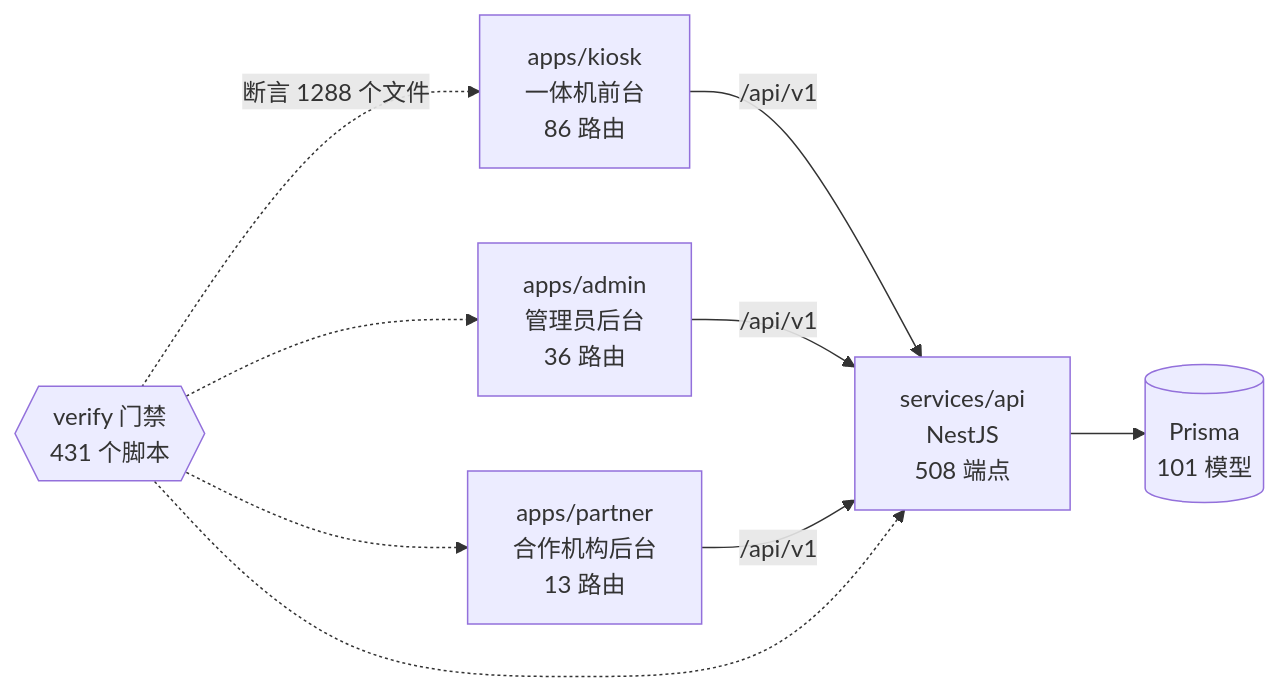
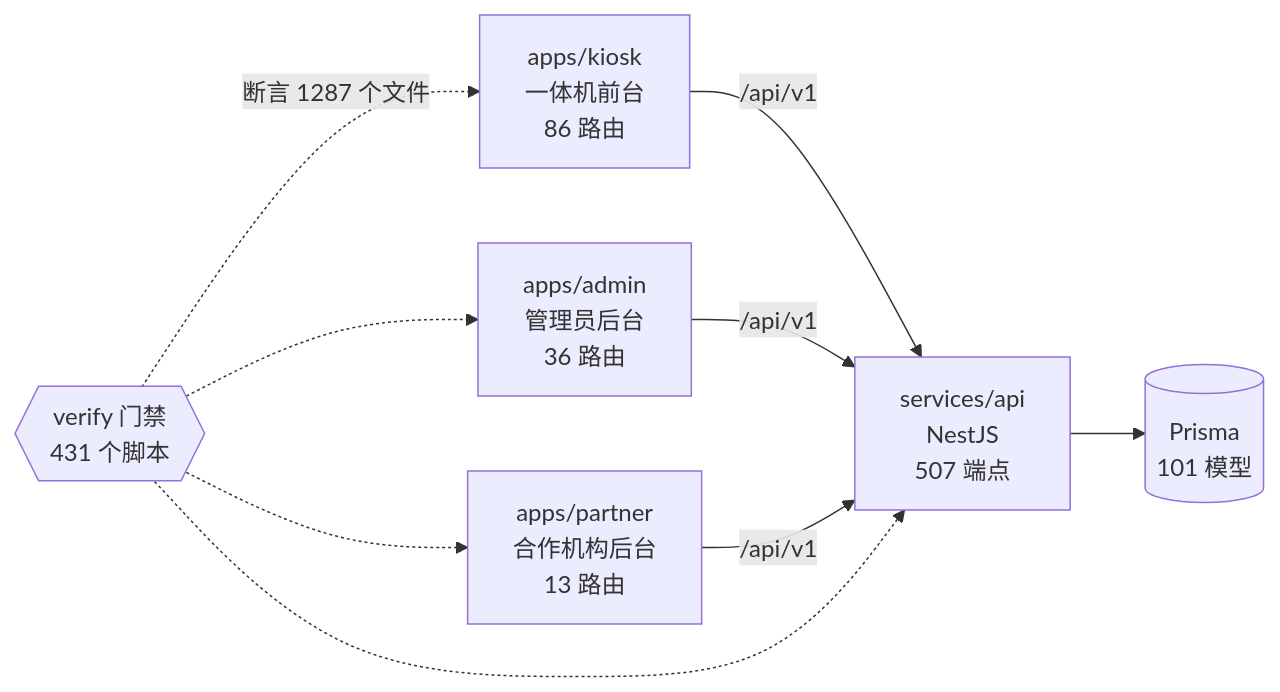
Before and after one commit to wanglei581/YITIJI: the diagram in docs/graph/README.md, drawn with Mermaid. The commit also changed other lines of this file and 3 other files, not shown here.

Commit message:
chore(graph): 包分支不携带图谱产物，恢复 main 版本（合入后统一重跑）

````diff
--- a/docs/graph/README.md
+++ b/docs/graph/README.md
@@ -68,18 +68,18 @@
 ```mermaid
 flowchart LR
   kiosk["apps/kiosk<br/>一体机前台<br/>86 路由"]
   admin["apps/admin<br/>管理员后台<br/>36 路由"]
   partner["apps/partner<br/>合作机构后台<br/>13 路由"]
-  api["services/api<br/>NestJS<br/>508 端点"]
+  api["services/api<br/>NestJS<br/>507 端点"]
   db[("Prisma<br/>101 模型")]
   gates{{"verify 门禁<br/>431 个脚本"}}
 
   kiosk -->|"/api/v1"| api
   admin -->|"/api/v1"| api
   partner -->|"/api/v1"| api
   api --> db
-  gates -.->|"断言 1288 个文件"| kiosk
+  gates -.->|"断言 1287 个文件"| kiosk
   gates -.-> admin
   gates -.-> partner
   gates -.-> api
 ```
````
